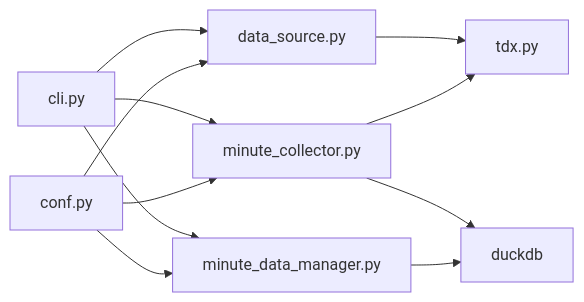
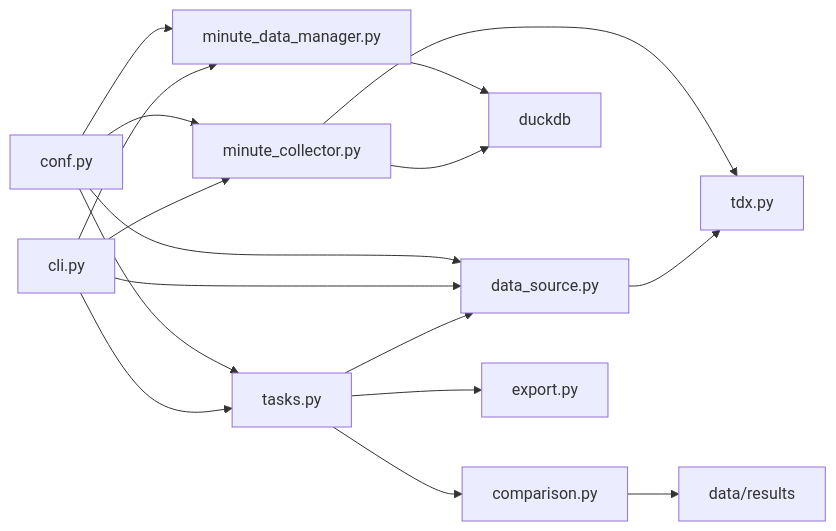
The ninth of 9 diagrams in .qoder/repowiki/zh/content/数据处理系统/数据处理系统.md (ldeng76/quant-ETF), drawn with Mermaid before and after one commit. The commit also changed other lines of this file and 11 other files, not shown here.

````diff
--- a/.qoder/repowiki/zh/content/数据处理系统/数据处理系统.md
+++ b/.qoder/repowiki/zh/content/数据处理系统/数据处理系统.md
@@ -305,13 +403,19 @@
 ```mermaid
 graph LR
 DS["data_source.py"] --> TDX["tdx.py"]
 MC["minute_collector.py"] --> TDX
 MC --> DUCKDB["duckdb"]
 MDM["minute_data_manager.py"] --> DUCKDB
+TASKS["tasks.py"] --> DS
+TASKS --> COMPARE["comparison.py"]
+TASKS --> EXPORT["export.py"]
+COMPARE --> RESULTS["data/results"]
 CLI["cli.py"] --> DS
 CLI --> MC
 CLI --> MDM
+CLI --> TASKS
 CONF["conf.py"] --> DS
 CONF --> MC
 CONF --> MDM
+CONF --> TASKS
 ```
````
